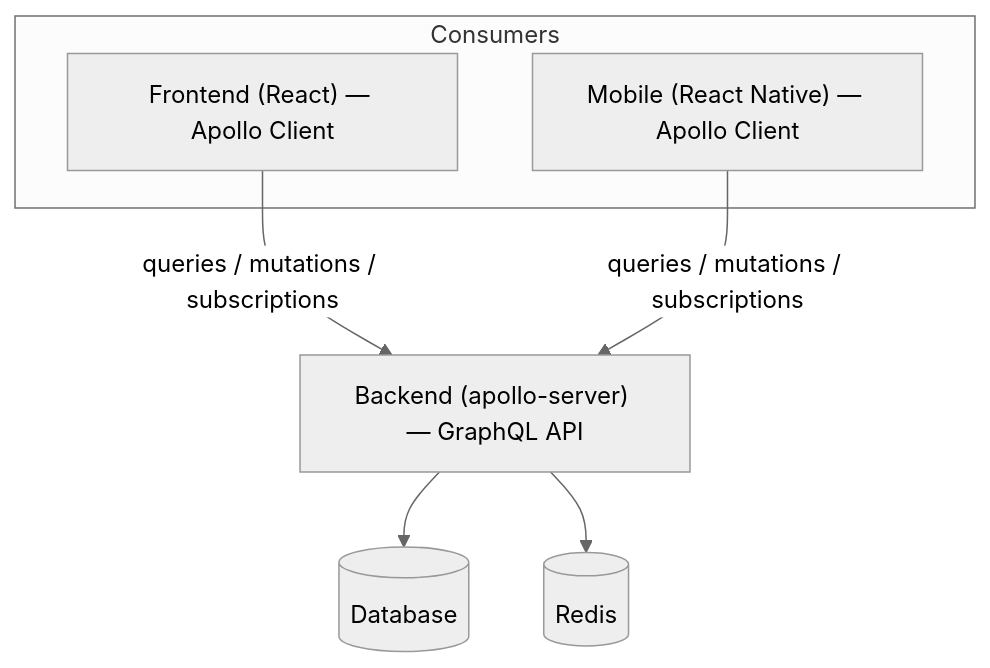
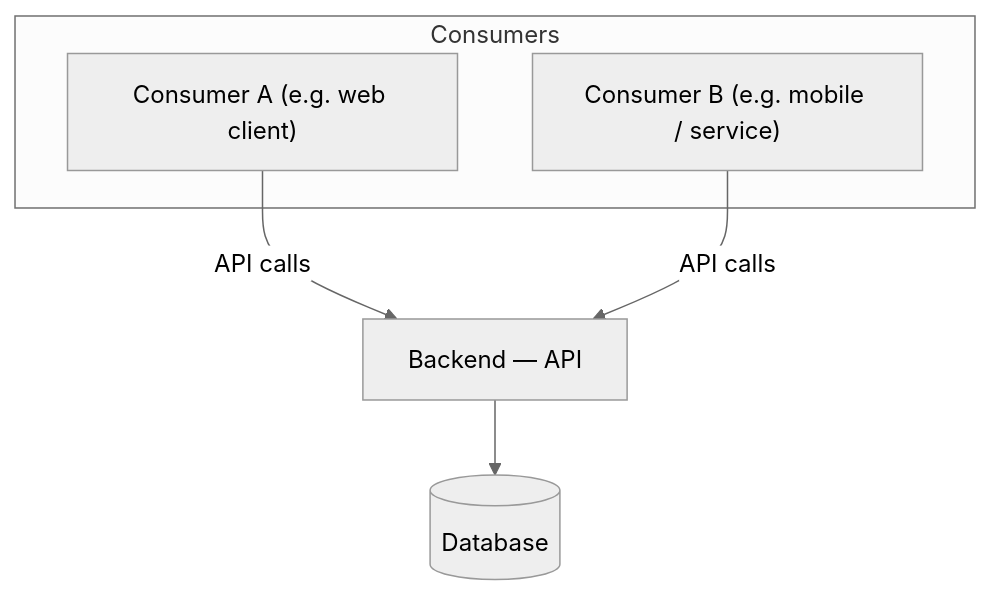
Before and after one commit to Miyunecadz/lodestar: the diagram in templates/repo-map.md, drawn with Mermaid (neutral theme). The commit also changed other lines of this file and 15 other files, not shown here.

Commit message:
Make universal core stack-neutral: generic api-contract spine, no GraphQL assumption in shared docs

````diff
--- a/templates/repo-map.md
+++ b/templates/repo-map.md
@@ -36,18 +36,16 @@
 ```mermaid
 graph TD
     subgraph clients [Consumers]
-        FE["Frontend (React) — Apollo Client"]
-        MOB["Mobile (React Native) — Apollo Client"]
+        C1["Consumer A (e.g. web client)"]
+        C2["Consumer B (e.g. mobile / service)"]
     end
 
-    BE["Backend (apollo-server) — GraphQL API"]
+    BE["Backend — API"]
     DB[("Database")]
-    REDIS[("Redis")]
 
-    FE -- "queries / mutations / subscriptions" --> BE
-    MOB -- "queries / mutations / subscriptions" --> BE
+    C1 -- "API calls" --> BE
+    C2 -- "API calls" --> BE
     BE --> DB
-    BE --> REDIS
 
-    %% TODO: add/rename repos and any additional services
+    %% TODO: add/rename repos and any additional services (cache, queue, third parties)
 ```
````
